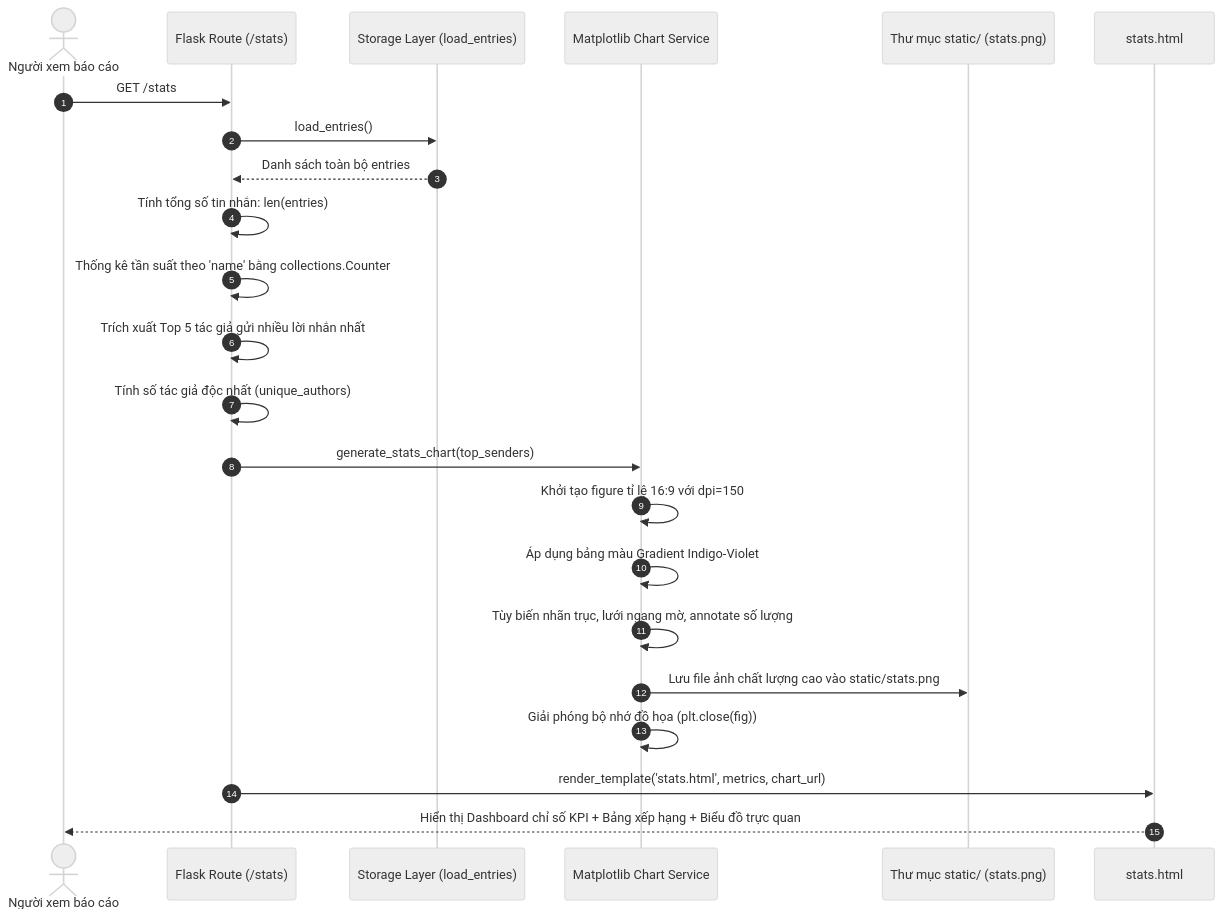
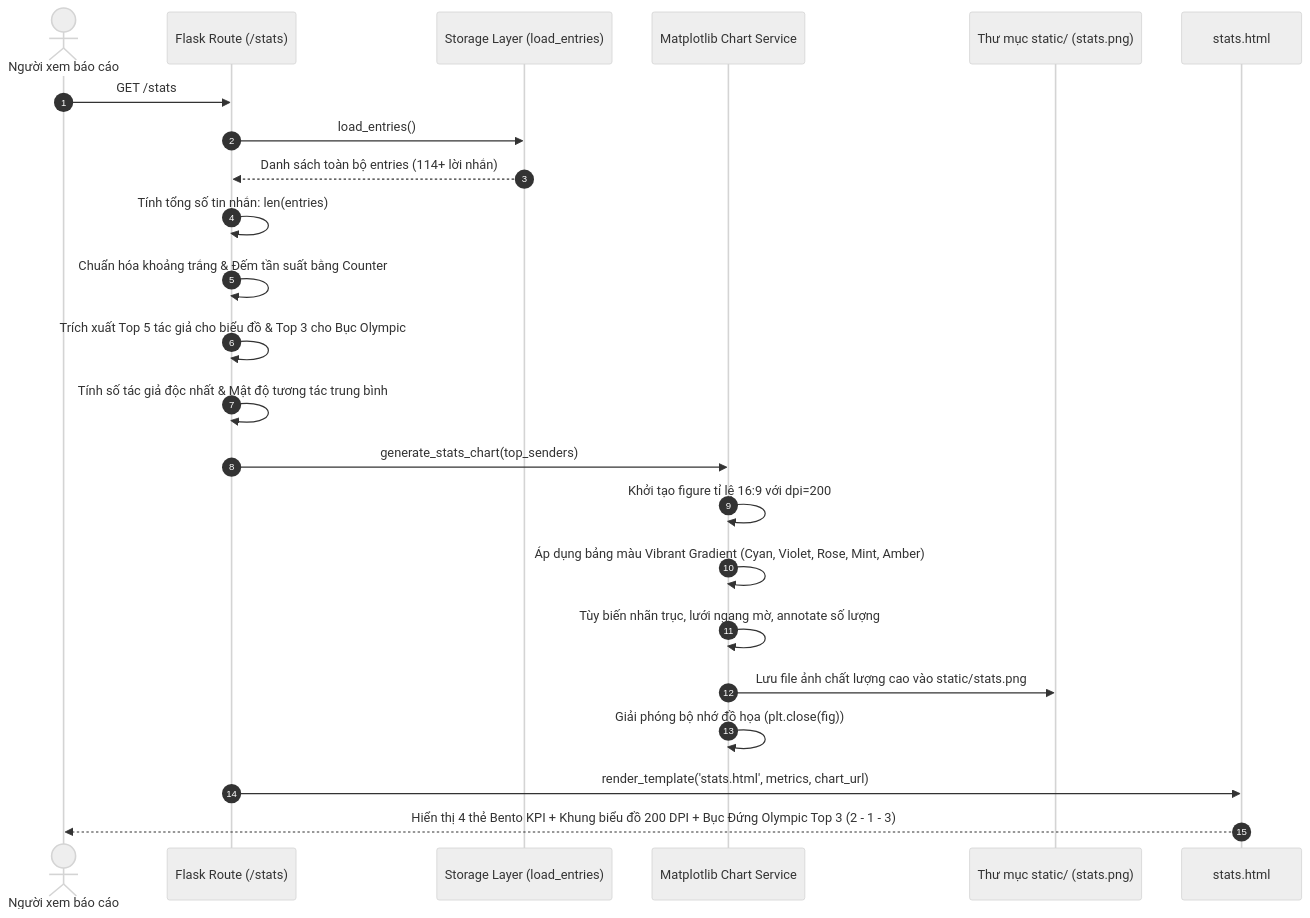
Before and after one commit to KemCheese/Project_python_web: the fifth of 6 diagrams in vibe_code/docs/ARCHITECTURE.md, drawn with Mermaid (neutral theme). The commit also changed other lines of this file and 15 other files, not shown here.

````diff
--- a/vibe_code/docs/ARCHITECTURE.md
+++ b/vibe_code/docs/ARCHITECTURE.md
@@ -146,29 +146,29 @@
 ```mermaid
 sequenceDiagram
     autonumber
     actor User as Người xem báo cáo
     participant Route as Flask Route (/stats)
     participant Storage as Storage Layer (load_entries)
     participant PlotService as Matplotlib Chart Service
     participant StaticFS as Thư mục static/ (stats.png)
     participant View as stats.html
 
     User->>Route: GET /stats
     Route->>Storage: load_entries()
-    Storage-->>Route: Danh sách toàn bộ entries
+    Storage-->>Route: Danh sách toàn bộ entries (114+ lời nhắn)
     
     Route->>Route: Tính tổng số tin nhắn: len(entries)
-    Route->>Route: Thống kê tần suất theo 'name' bằng collections.Counter
-    Route->>Route: Trích xuất Top 5 tác giả gửi nhiều lời nhắn nhất
-    Route->>Route: Tính số tác giả độc nhất (unique_authors)
+    Route->>Route: Chuẩn hóa khoảng trắng & Đếm tần suất bằng Counter
+    Route->>Route: Trích xuất Top 5 tác giả cho biểu đồ & Top 3 cho Bục Olympic
+    Route->>Route: Tính số tác giả độc nhất & Mật độ tương tác trung bình
     
     Route->>PlotService: generate_stats_chart(top_senders)
-    PlotService->>PlotService: Khởi tạo figure tỉ lệ 16:9 với dpi=150
-    PlotService->>PlotService: Áp dụng bảng màu Gradient Indigo-Violet
+    PlotService->>PlotService: Khởi tạo figure tỉ lệ 16:9 với dpi=200
+    PlotService->>PlotService: Áp dụng bảng màu Vibrant Gradient (Cyan, Violet, Rose, Mint, Amber)
     PlotService->>PlotService: Tùy biến nhãn trục, lưới ngang mờ, annotate số lượng
     PlotService->>StaticFS: Lưu file ảnh chất lượng cao vào static/stats.png
     PlotService->>PlotService: Giải phóng bộ nhớ đồ họa (plt.close(fig))
     
     Route->>View: render_template('stats.html', metrics, chart_url)
-    View-->>User: Hiển thị Dashboard chỉ số KPI + Bảng xếp hạng + Biểu đồ trực quan
+    View-->>User: Hiển thị 4 thẻ Bento KPI + Khung biểu đồ 200 DPI + Bục Đứng Olympic Top 3 (2 - 1 - 3)
 ```
````
